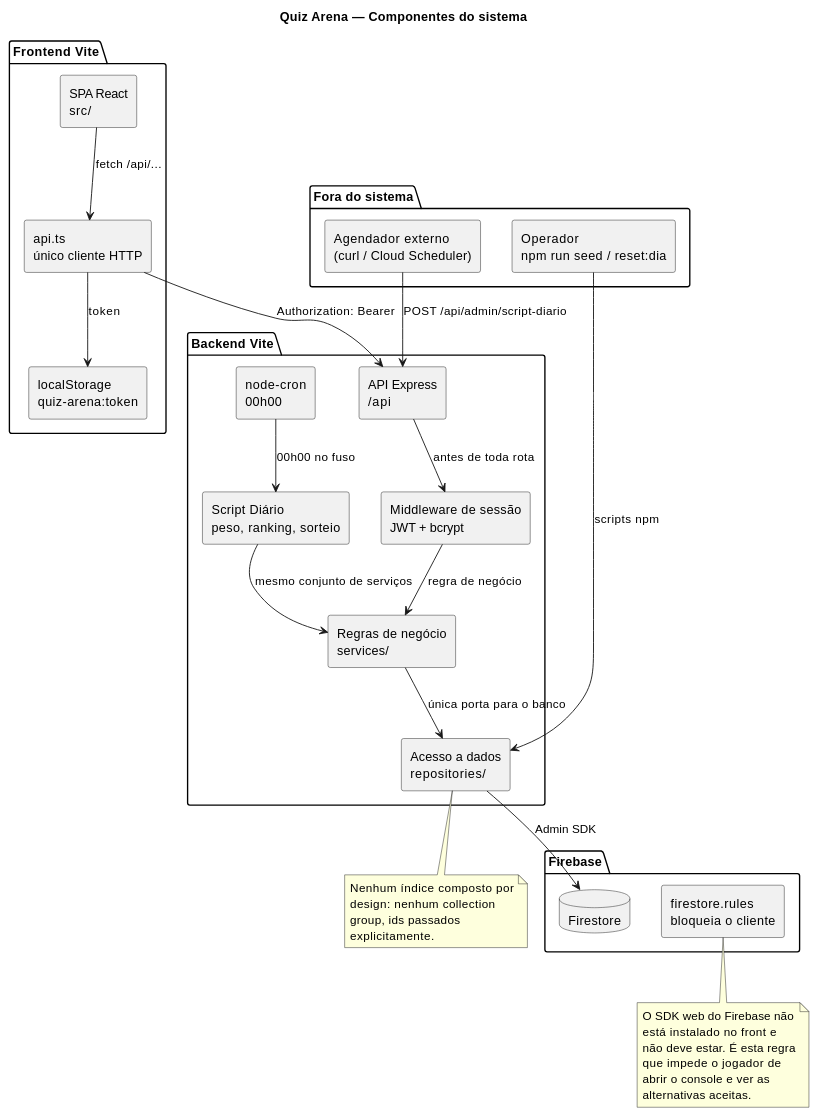
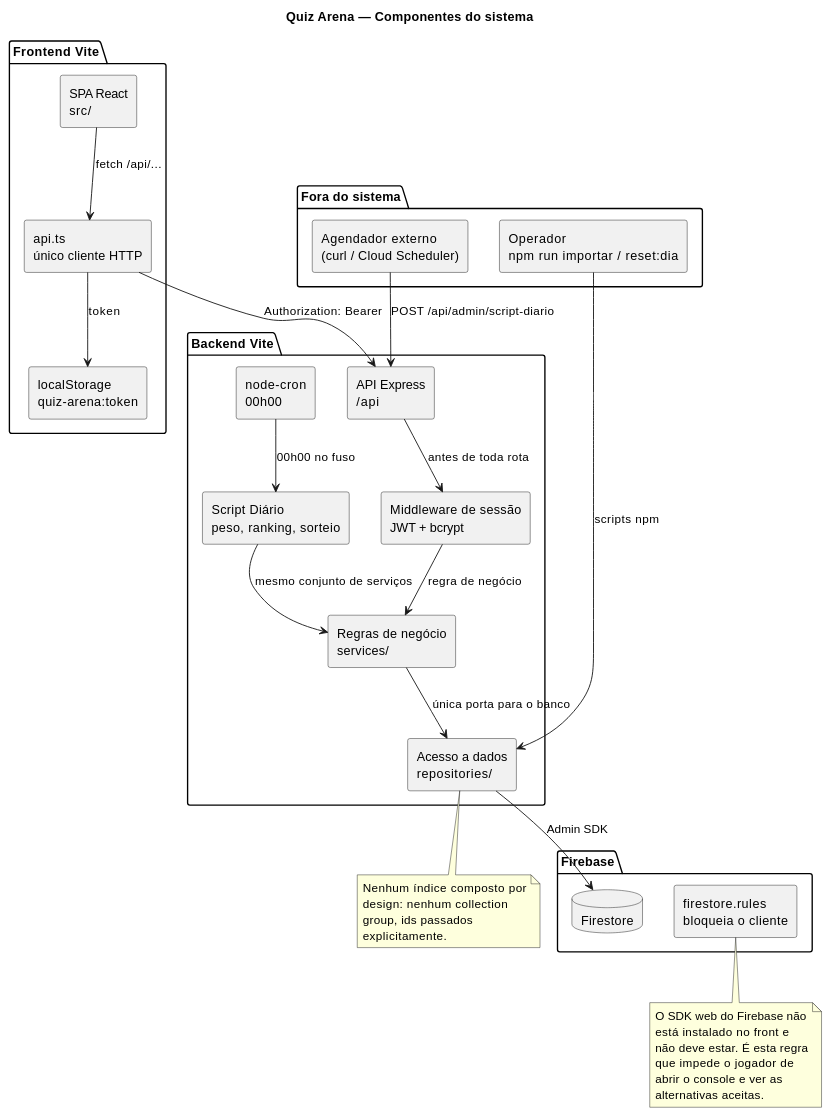
Diagram 14 of 15 in Quiz Arena — UML.md (hashfall/quizarena), drawn with PlantUML before and after one commit. The commit also changed other lines of this file and 11 other files, not shown here.

````diff
--- a/Quiz Arena — UML.md
+++ b/Quiz Arena — UML.md
@@ -1479,62 +1475,62 @@
 ```plantuml
 @startuml
 title Quiz Arena — Componentes do sistema
 skinparam componentStyle rectangle
 skinparam shadowing false
 
 package "Frontend Vite" {
   [SPA React\nsrc/] as SPA
   [api.ts\núnico cliente HTTP] as CLIENT
   [localStorage\nquiz-arena:token] as LS
 }
 
 package "Backend Vite" {
   [API Express\n/api] as API
   [Middleware de sessão\nJWT + bcrypt] as MID
   [Regras de negócio\nservices/] as SVC
   [Acesso a dados\nrepositories/] as REPO
   [Script Diário\npeso, ranking, sorteio] as SD
   [node-cron\n00h00] as CRON
 }
 
 package "Firebase" {
   database "Firestore" as FS
   [firestore.rules\nbloqueia o cliente] as RULES
 }
 
 package "Fora do sistema" {
   [Agendador externo\n(curl / Cloud Scheduler)] as EXT
-  [Operador\nnpm run seed / reset:dia] as OPS
+  [Operador\nnpm run importar / reset:dia] as OPS
 }
 
 SPA --> CLIENT : fetch /api/...
 CLIENT --> LS : token
 CLIENT --> API : "Authorization: Bearer"
 API --> MID : antes de toda rota
 MID --> SVC : regra de negócio
 SVC --> REPO : "única porta para o banco"
 REPO --> FS : Admin SDK
 SD --> SVC : mesmo conjunto de serviços
 CRON --> SD : 00h00 no fuso
 EXT --> API : POST /api/admin/script-diario
 OPS --> REPO : scripts npm
 SPA -[hidden]-> RULES : bloqueado
 
 note bottom of RULES
   O SDK web do Firebase não
   está instalado no front e
   não deve estar. É esta regra
   que impede o jogador de
   abrir o console e ver as
   alternativas aceitas.
 end note
 
 note bottom of REPO
   Nenhum índice composto por
   design: nenhum collection
   group, ids passados
   explicitamente.
 end note
 
 @enduml
 ```
````
